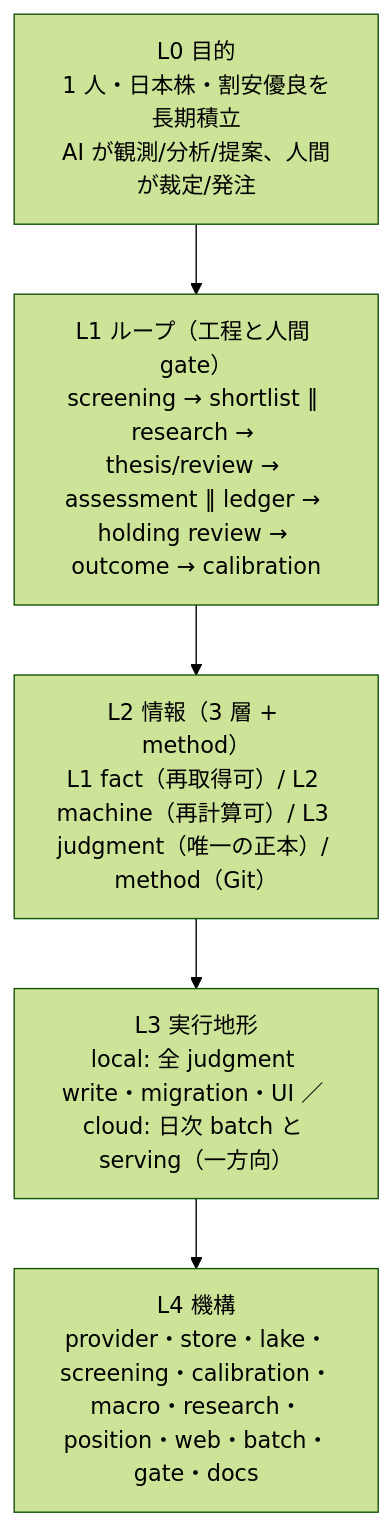
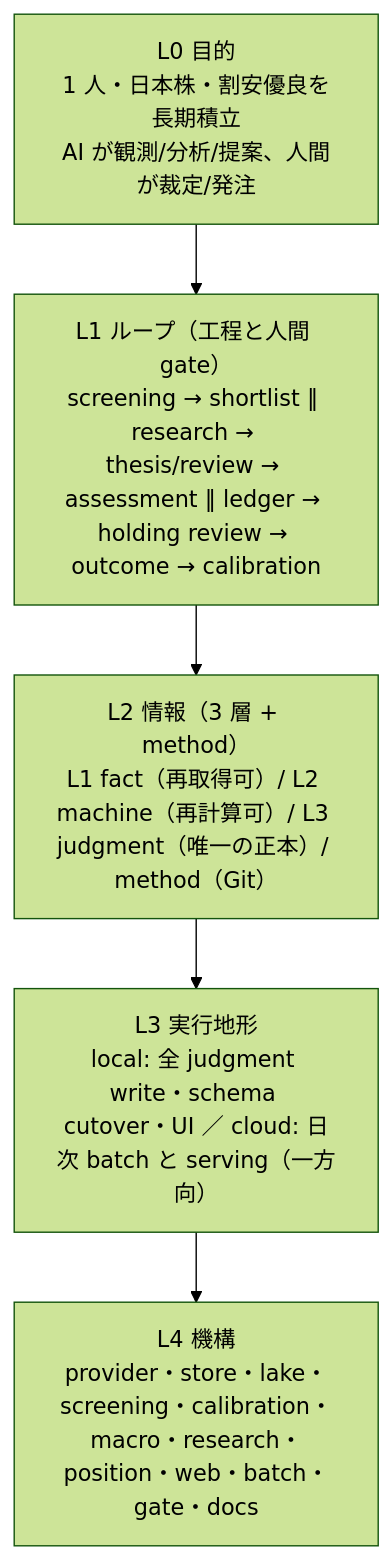
One commit to koumatsumoto/baibai-loop changed the diagram in docs/architecture.md. Above: the diagram before and after it, drawn with Mermaid (forest theme). The commit also changed 136 other files, not shown here.

````diff
--- a/docs/architecture.md
+++ b/docs/architecture.md
@@ -41,9 +41,9 @@
 ```mermaid
 flowchart TB
   L0["L0 目的<br/>1 人・日本株・割安優良を長期積立<br/>AI が観測/分析/提案、人間が裁定/発注"]
   L1["L1 ループ（工程と人間 gate）<br/>screening → shortlist ‖ research → thesis/review → assessment ‖ ledger → holding review → outcome → calibration"]
   L2["L2 情報（3 層 + method）<br/>L1 fact（再取得可）/ L2 machine（再計算可）/ L3 judgment（唯一の正本）/ method（Git）"]
-  L3["L3 実行地形<br/>local: 全 judgment write・migration・UI ／ cloud: 日次 batch と serving（一方向）"]
+  L3["L3 実行地形<br/>local: 全 judgment write・schema cutover・UI ／ cloud: 日次 batch と serving（一方向）"]
   L4["L4 機構<br/>provider・store・lake・screening・calibration・macro・research・position・web・batch・gate・docs"]
   L0 --> L1 --> L2 --> L3 --> L4
 ```
````
